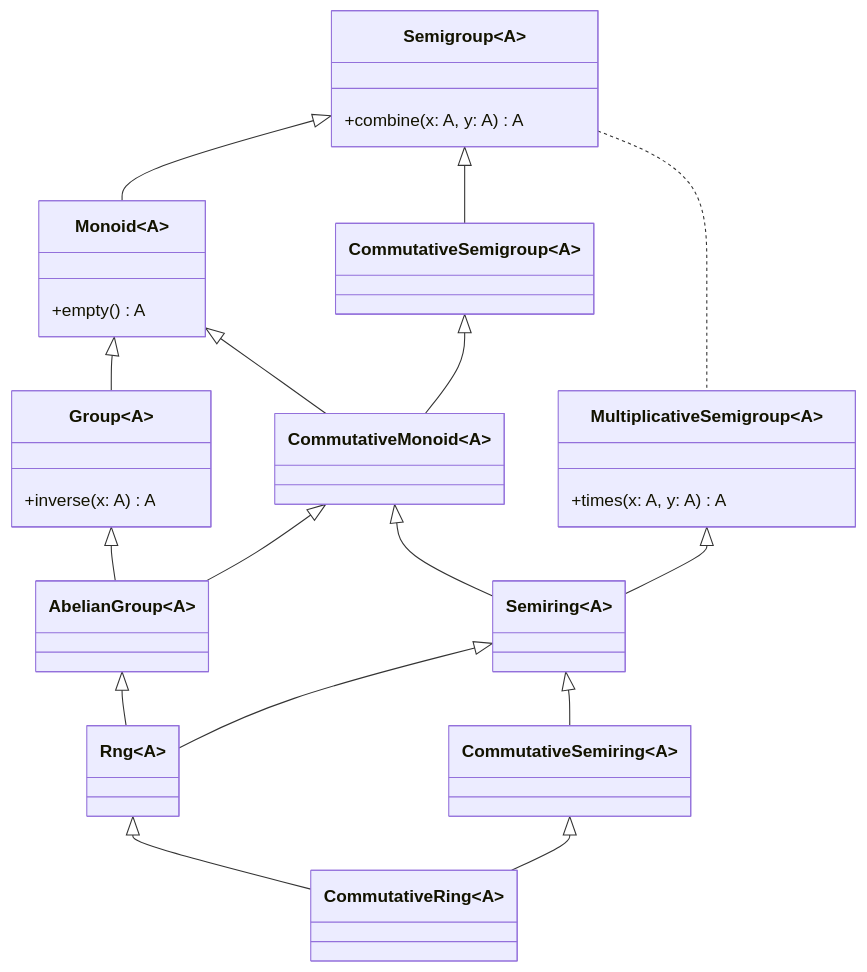
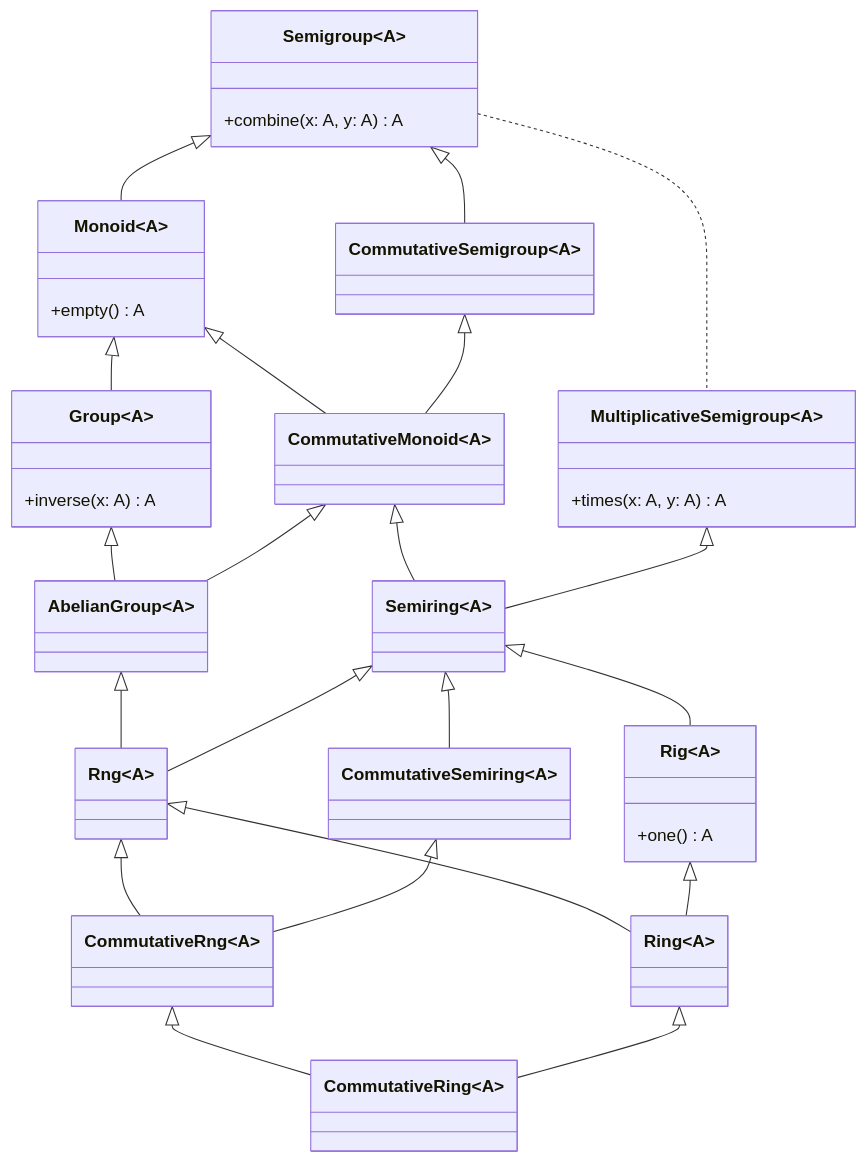
One commit to artemkorsakov/scalabook changed the diagram in docs/typeclass/monoid/cring.md. Above: the diagram before and after it, drawn with Mermaid. The commit also changed other lines of this file and 12 other files, not shown here.

````diff
--- a/docs/typeclass/monoid/cring.md
+++ b/docs/typeclass/monoid/cring.md
@@ -42,37 +95,47 @@
 ```mermaid
 classDiagram
     class Semigroup~A~{
         +combine(x: A, y: A) A
     }  
     class Monoid~A~{
         +empty() A
     }
     Semigroup <|-- Monoid
     class CommutativeSemigroup~A~
     Semigroup <|-- CommutativeSemigroup  
     class Group~A~{
       +inverse(x: A) A
     }  
     Monoid <|-- Group 
     class CommutativeMonoid~A~
     Monoid <|-- CommutativeMonoid
     CommutativeSemigroup <|-- CommutativeMonoid
     class AbelianGroup~A~
     Group <|-- AbelianGroup
     CommutativeMonoid <|-- AbelianGroup
     class Semiring~A~
     CommutativeMonoid <|-- Semiring
     class MultiplicativeSemigroup~A~{
         +times(x: A, y: A) A
     }
     MultiplicativeSemigroup <|-- Semiring
     Semigroup .. MultiplicativeSemigroup
     class Rng~A~
     AbelianGroup <|-- Rng
     Semiring <|-- Rng
     class CommutativeSemiring~A~
     Semiring <|-- CommutativeSemiring
+    class Rig~A~{
+        +one() A
+    }
+    Semiring <|-- Rig
+    class CommutativeRng~A~
+    Rng <|-- CommutativeRng
+    CommutativeSemiring <|-- CommutativeRng
+    class Ring~A~
+    Rng <|-- Ring
+    Rig <|-- Ring
     class CommutativeRing~A~
-    Rng <|-- CommutativeRing
-    CommutativeSemiring <|-- CommutativeRing
+    CommutativeRng <|-- CommutativeRing
+    Ring <|-- CommutativeRing
 ```
````
